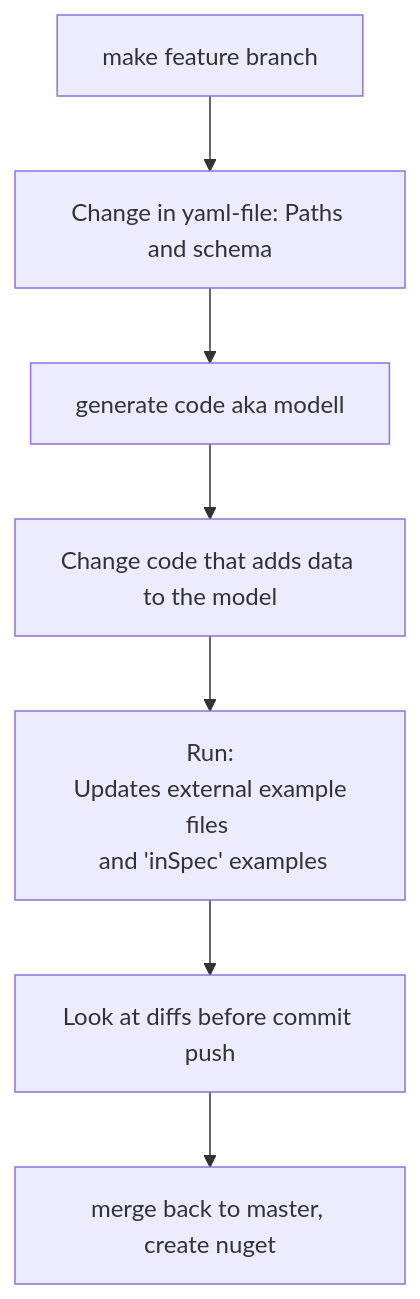
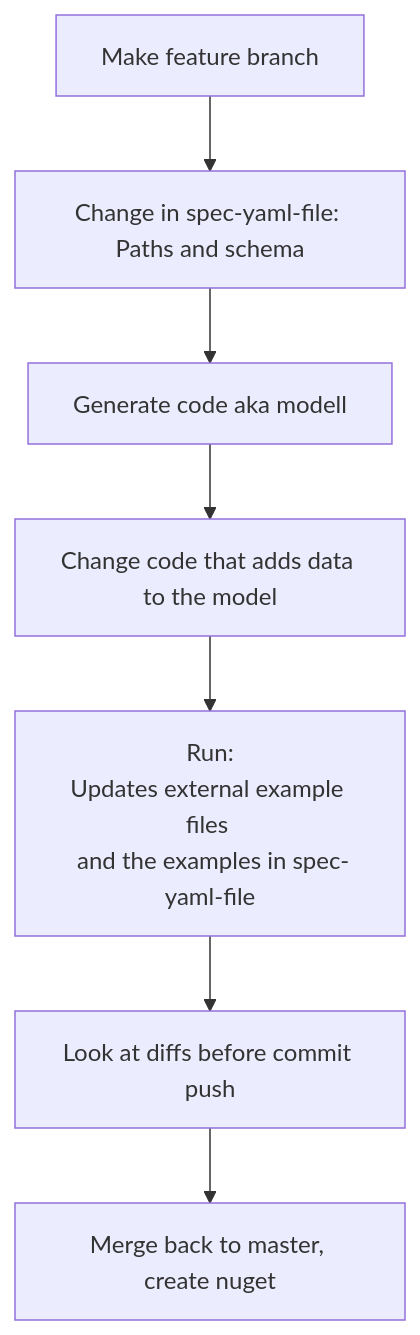
One commit to PxTools/PxApiSpecs changed the diagram in generator/Readme.md. Above: the diagram before and after it, drawn with Mermaid.

````diff
--- a/generator/Readme.md
+++ b/generator/Readme.md
@@ -4,12 +4,12 @@
 ```mermaid      
  graph TD;
-      A0[make feature branch]-->A
-      A[Change in yaml-file: Paths and schema]-->B[generate code aka modell];
+      A0[Make feature branch]-->A
+      A[Change in spec-yaml-file: Paths and schema]-->B[Generate code aka modell];
       B-->C[Change code that adds data to the model];
-      C-->D[Run:<br> Updates external example files <br> and 'inSpec' examples];
+      C-->D[Run:<br>Updates external example files <br> and the examples in spec-yaml-file];
      
       D-->D20[Look at diffs before commit push ];
-      D20-->F[ merge back to master, create nuget];
+      D20-->F[Merge back to master, create nuget];
 
       
 ```
````
